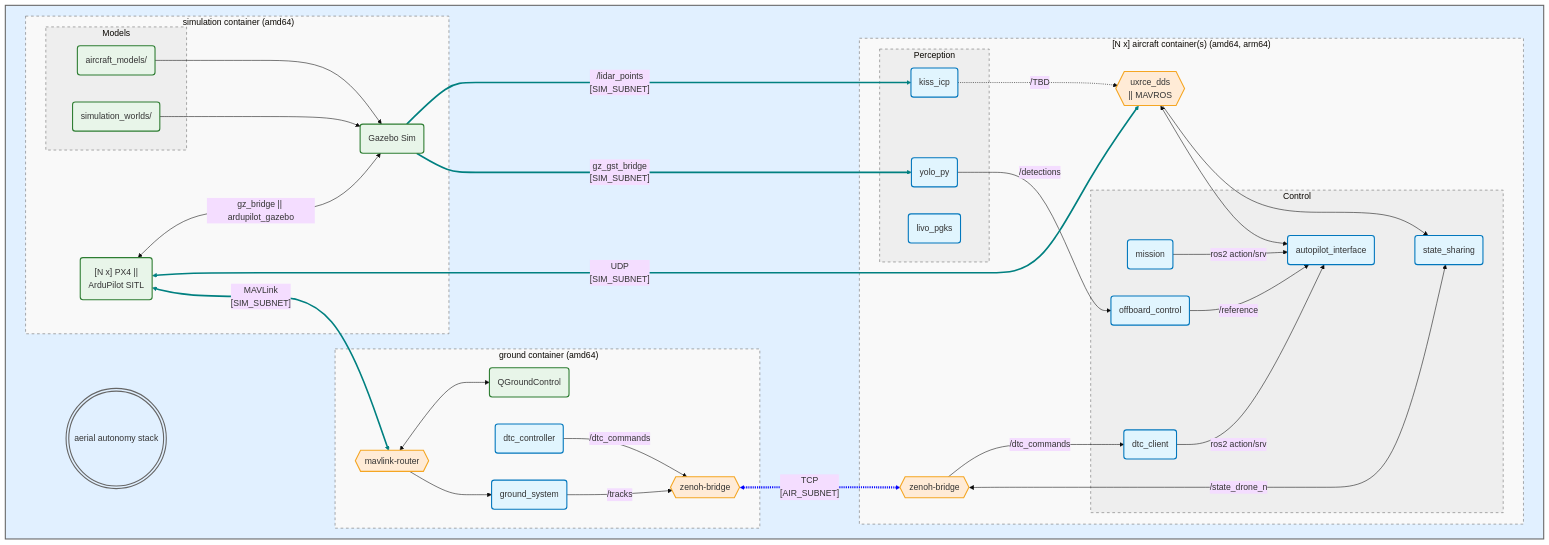
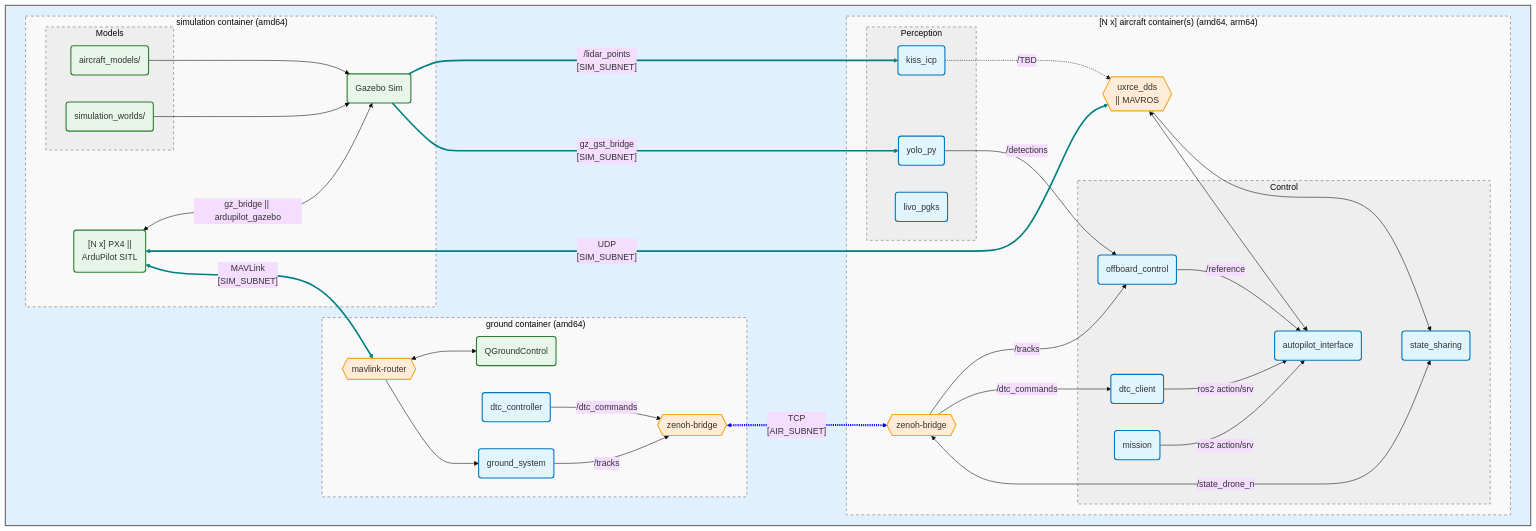
The diagram in README.md (JacopoPan/aerial-autonomy-stack), drawn with Mermaid before and after one commit. The commit also changed other lines of this file and 1 other file, not shown here.

````diff
--- a/README.md
+++ b/README.md
@@ -312,81 +320,75 @@
 ```mermaid
 %%{init: {'theme': 'base', 'themeVariables': { 'fontFamily': 'monospace'}}}%%
 flowchart TB
     subgraph aas [" "]
         subgraph sim ["#nbsp;simulation#nbsp;container#nbsp;(amd64)"]
             sitl("[N x] PX4 || <br/> ArduPilot SITL"):::resource
             gz(Gazebo Sim):::resource
             subgraph models [Models]
                 drones(aircraft_models/):::resource
                 worlds(simulation_worlds/):::resource
             end
 
             drones --> gz
             worlds --> gz
             sitl <--> |"gz_bridge || ardupilot_gazebo"| gz
         end
 
         subgraph gnd ["#nbsp;ground#nbsp;container#nbsp;(amd64)"]
             mlrouter{{mavlink-router}}:::bridge
             ground_system(ground_system):::algo
             dtc_controller(dtc_controller):::algo
             qgc(QGroundControl):::resource
             zenoh_gnd{{zenoh-bridge}}:::bridge
 
             ground_system --> |"/tracks"| zenoh_gnd
             dtc_controller --> |"/dtc_commands"| zenoh_gnd
             mlrouter <--> qgc
             mlrouter --> ground_system
         end
 
         subgraph air ["[N#nbsp;x]#nbsp;aircraft#nbsp;container(s)#nbsp;(amd64,#nbsp;arm64)"]
             subgraph perception [Perception]
                 yolo_py(yolo_py):::algo
                 kiss_icp(kiss_icp):::algo
                 livo_pkgs(livo_pgks):::algo
             end
             zenoh_air{{zenoh-bridge}}:::bridge
             subgraph control [Control]
+                dtc_client(dtc_client):::algo
                 mission(mission):::algo
-                dtc_client(dtc_client):::algo
                 offboard_control(offboard_control):::algo
                 autopilot_interface(autopilot_interface):::algo
                 state_sharing(state_sharing):::algo
             end
             ap_link{{"uxrce_dds <br/> || MAVROS"}}:::bridge
 
+            kiss_icp -.-> |"/TBD"| ap_link
+            zenoh_air --> |"/tracks"| offboard_control
             zenoh_air --> |"/dtc_commands"| dtc_client
-            kiss_icp -.-> |"/TBD"| ap_link
             ap_link --> state_sharing
             ap_link <--> autopilot_interface
             yolo_py --> |"/detections"| offboard_control
             offboard_control --> |"/reference"| autopilot_interface
             mission --> |"ros2 action/srv"| autopilot_interface
             dtc_client --> |"ros2 action/srv"| autopilot_interface
             zenoh_air <--> |"/state_drone_n"| state_sharing
+            autopilot_interface ~~~ state_sharing
         end
 
-        repo(((aerial#nbsp;autonomy#nbsp;stack)))
     end
 
-    repo ~~~ gz
-    autopilot_interface ~~~ state_sharing
     gz --> |"/lidar_points <br/> [SIM_SUBNET]"| kiss_icp
     gz --> |"gz_gst_bridge <br/> [SIM_SUBNET]"| yolo_py
     sitl <--> |"UDP <br/> [SIM_SUBNET]"| ap_link
     sitl <--> |"MAVLink <br/> [SIM_SUBNET]"| mlrouter 
     zenoh_gnd <-.-> |"TCP <br/> [AIR_SUBNET]"| zenoh_air
 
     classDef bridge fill:#ffebd6,stroke:#f5a623,stroke-width:2px;
     classDef algo fill:#e1f5fe,stroke:#0277bd,stroke-width:2px;
     classDef resource fill:#e8f5e9,stroke:#2e7d32,stroke-width:2px;
-    classDef blueStyle  fill:#e1f0ff,stroke:#666,stroke-width:2px;
-    classDef whiteStyle fill:#f9f9f9,stroke:#666,stroke-width:1px,stroke-dasharray: 5 5;
-    classDef greyStyle  fill:#eeeeee,stroke:#666,stroke-width:1px,stroke-dasharray: 5 5;
-
-    class aas,repo blueStyle;
-    class air,gnd,sim whiteStyle;
-    class perception,control,models greyStyle;
-    linkStyle 18,19,20,21 stroke:teal,stroke-width:3px;
-    linkStyle 22 stroke:blue,stroke-width:4px;
+    classDef blueStyle  fill:#e1f0ff,stroke:#666,stroke-width:2px; class aas blueStyle;
+    classDef whiteStyle fill:#f9f9f9,stroke:#666,stroke-width:1px,stroke-dasharray: 5 5; class air,gnd,sim whiteStyle;
+    classDef greyStyle  fill:#eeeeee,stroke:#666,stroke-width:1px,stroke-dasharray: 5 5; class perception,control,models greyStyle;
+    linkStyle 18,19,20,21 stroke:teal,stroke-width:3px; linkStyle 22 stroke:blue,stroke-width:4px;
 ```
````
